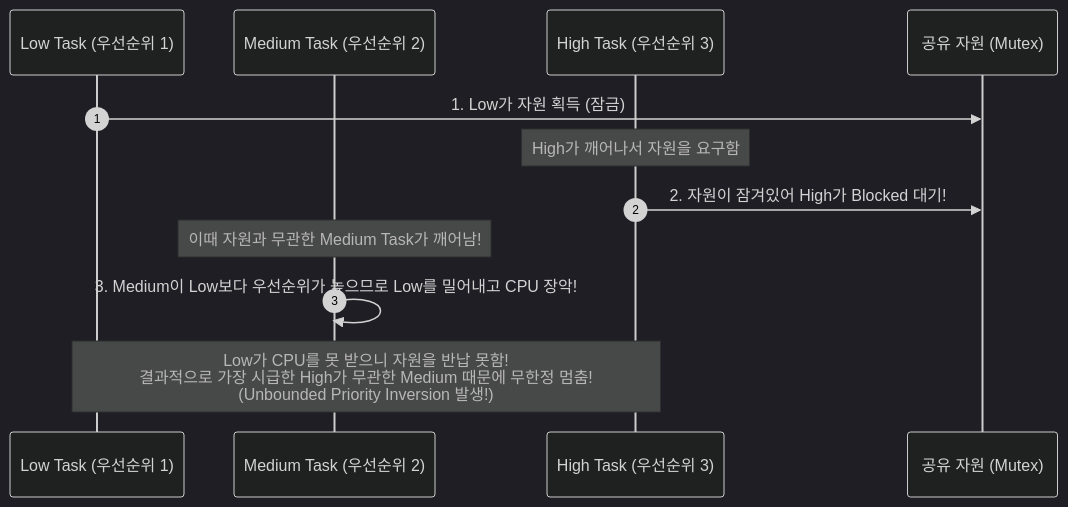
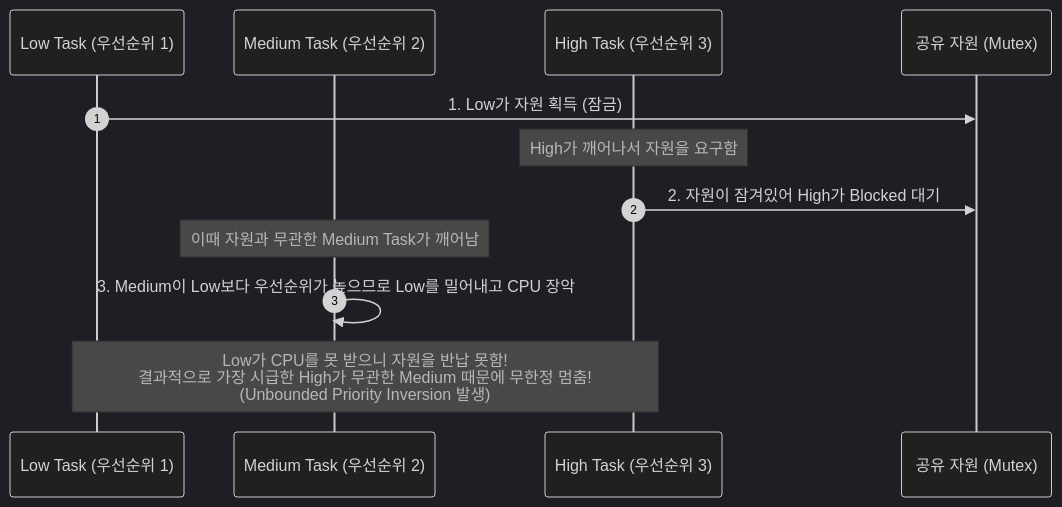
One commit to yunju-baek/FreeRTOS-Tutorials-ko changed the first of 2 diagrams in ko/guides/tutorial_14.md. Above: the diagram before and after it, drawn with Mermaid (dark theme). The commit also changed other lines of this file and 37 other files, not shown here.

````diff
--- a/ko/guides/tutorial_14.md
+++ b/ko/guides/tutorial_14.md
@@ -39,15 +41,15 @@
 ```mermaid
 sequenceDiagram
     autonumber
     participant L as Low Task (우선순위 1)
     participant M as Medium Task (우선순위 2)
     participant H as High Task (우선순위 3)
     participant Res as 공유 자원 (Mutex)
 
     L->>Res: 1. Low가 자원 획득 (잠금)
     Note over H: High가 깨어나서 자원을 요구함
-    H->>Res: 2. 자원이 잠겨있어 High가 Blocked 대기!
-    Note over M: 이때 자원과 무관한 Medium Task가 깨어남!
-    M->>M: 3. Medium이 Low보다 우선순위가 높으므로 Low를 밀어내고 CPU 장악!
-    Note over H,L: Low가 CPU를 못 받으니 자원을 반납 못함!<br/>결과적으로 가장 시급한 High가 무관한 Medium 때문에 무한정 멈춤!<br/>(Unbounded Priority Inversion 발생!)
+    H->>Res: 2. 자원이 잠겨있어 High가 Blocked 대기
+    Note over M: 이때 자원과 무관한 Medium Task가 깨어남
+    M->>M: 3. Medium이 Low보다 우선순위가 높으므로 Low를 밀어내고 CPU 장악
+    Note over H,L: Low가 CPU를 못 받으니 자원을 반납 못함!<br/>결과적으로 가장 시급한 High가 무관한 Medium 때문에 무한정 멈춤!<br/>(Unbounded Priority Inversion 발생)
 ```
````
